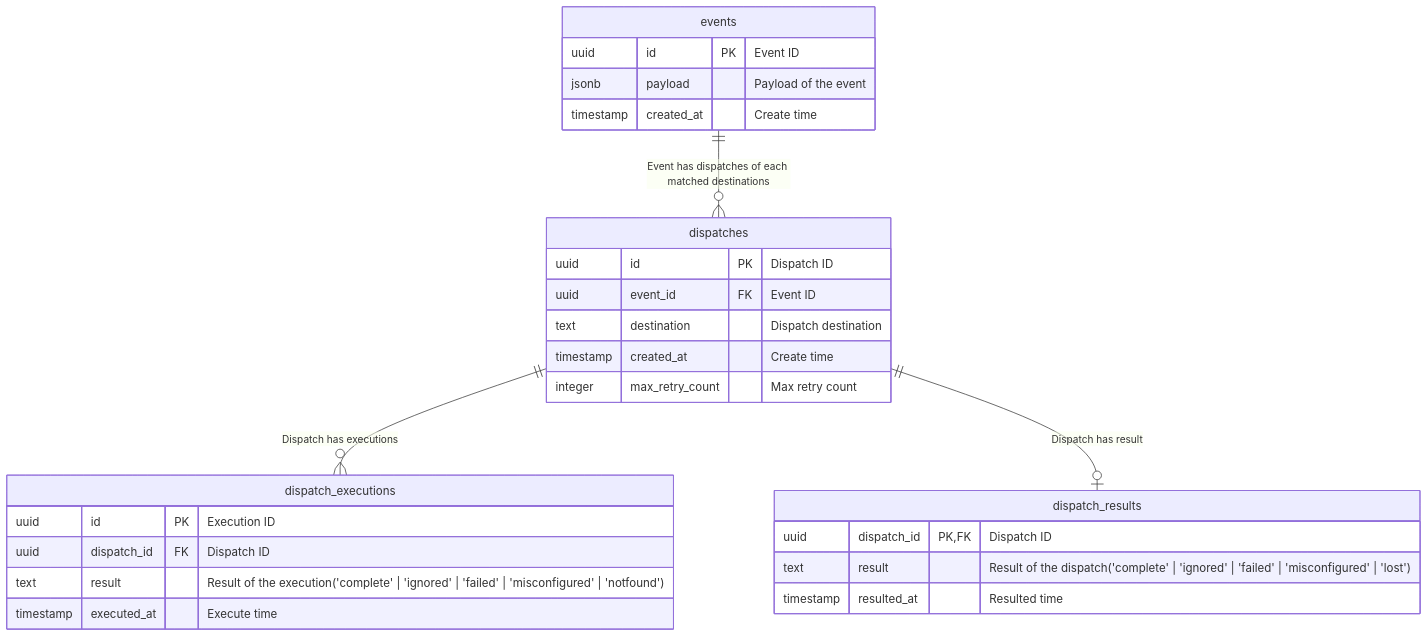
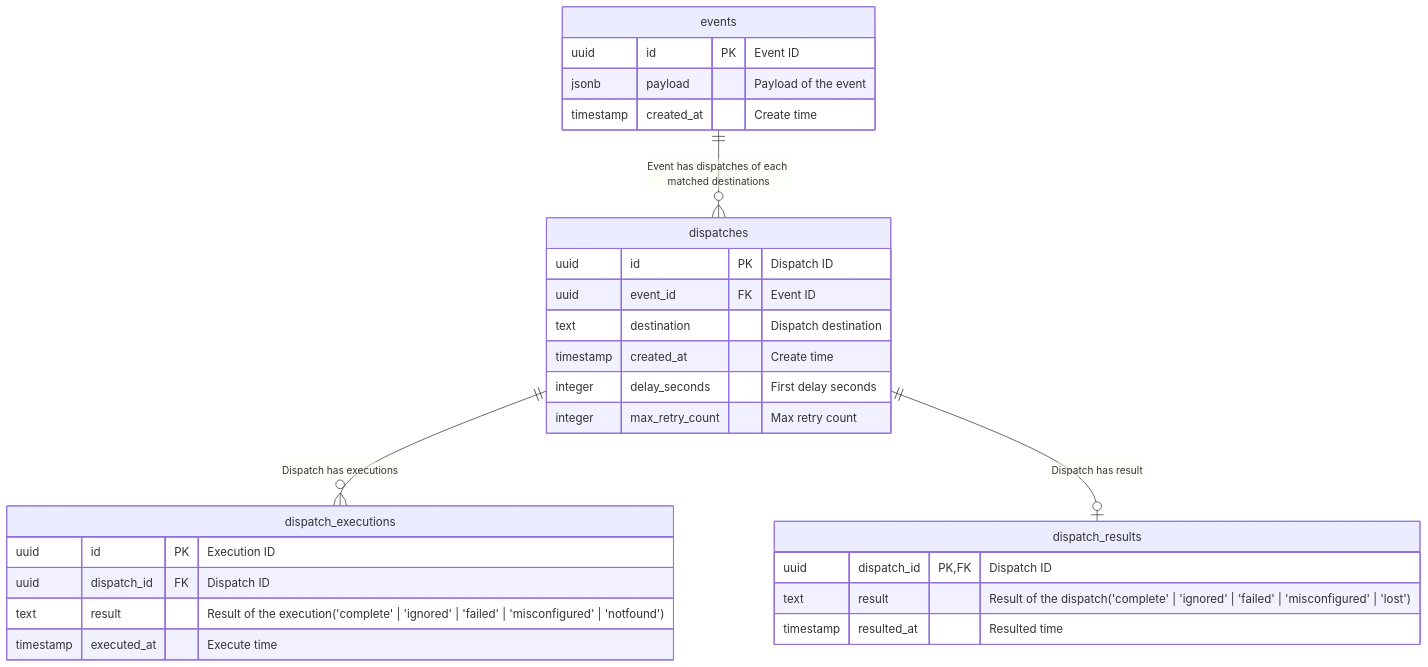
One commit to daichitakahashi/cf-eventhub changed the diagram in src/core/postgres/README.md. Above: the diagram before and after it, drawn with Mermaid. The commit also changed 6 other files, not shown here.

````diff
--- a/src/core/postgres/README.md
+++ b/src/core/postgres/README.md
@@ -3,32 +3,33 @@
 ```mermaid
 erDiagram
     events {
         uuid id PK "Event ID"
         jsonb payload "Payload of the event"
         timestamp created_at "Create time"
     }
 
     dispatches {
         uuid id PK "Dispatch ID"
         uuid event_id FK "Event ID"
         text destination "Dispatch destination"
         timestamp created_at "Create time"
+        integer delay_seconds "First delay seconds"
         integer max_retry_count "Max retry count"
     }
     events ||--o{ dispatches: "Event has dispatches of each matched destinations"
 
     dispatch_executions {
         uuid id PK "Execution ID"
         uuid dispatch_id FK "Dispatch ID"
         text result "Result of the execution('complete' | 'ignored' | 'failed' | 'misconfigured' | 'notfound')"
         timestamp executed_at "Execute time"
     }
     dispatches ||--o{ dispatch_executions: "Dispatch has executions"
 
     dispatch_results {
         uuid dispatch_id PK, FK "Dispatch ID"
         text result "Result of the dispatch('complete' | 'ignored' | 'failed' | 'misconfigured' | 'lost')"
         timestamp resulted_at "Resulted time"
     }
     dispatches ||--o| dispatch_results: "Dispatch has result"
 ```
````
